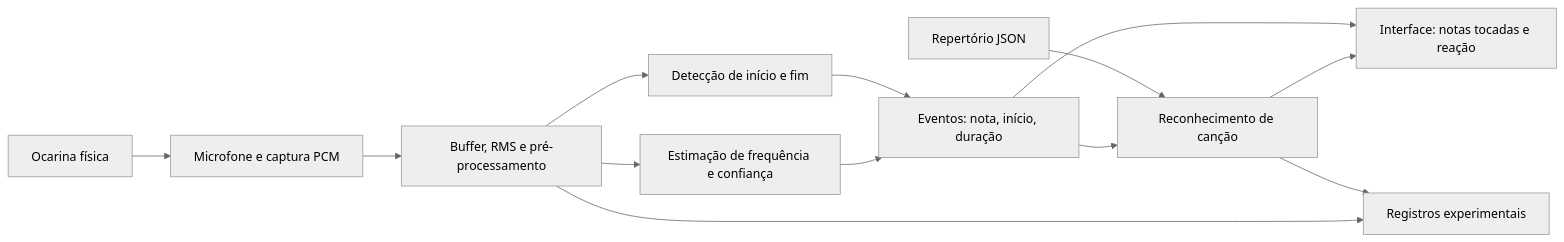
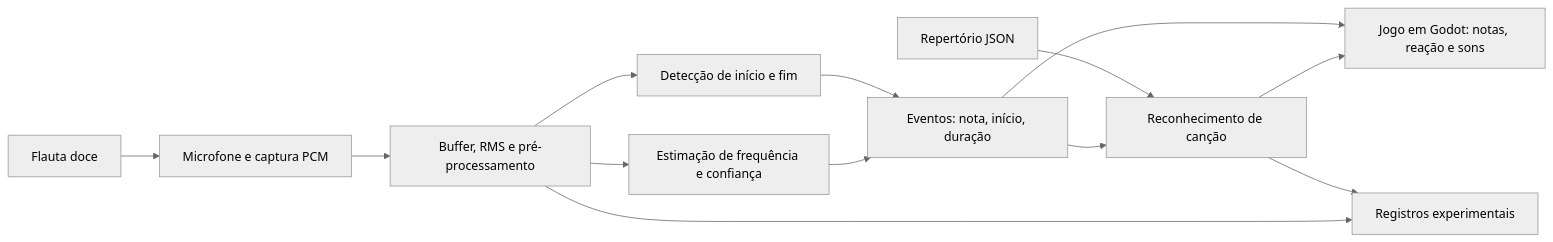
Before and after one commit to gabeldev/ocarina-beat-pds: the diagram in README.md, drawn with Mermaid (neutral theme). The commit also changed other lines of this file, not shown here.

Commit message:
Atualiza o README para a flauta, o jogo em Godot e a situação das tarefas

````diff
--- a/README.md
+++ b/README.md
@@ -55,15 +56,15 @@
 ```mermaid
 flowchart LR
-    A[Ocarina física] --> B[Microfone e captura PCM]
+    A[Flauta doce] --> B[Microfone e captura PCM]
     B --> C[Buffer, RMS e pré-processamento]
     C --> D[Estimação de frequência e confiança]
     C --> E[Detecção de início e fim]
     D --> F[Eventos: nota, início, duração]
     E --> F
     F --> G[Reconhecimento de canção]
     H[Repertório JSON] --> G
-    G --> J[Interface: notas tocadas e reação]
+    G --> J[Jogo em Godot: notas, reação e sons]
     F --> J
     C --> K[Registros experimentais]
     G --> K
 ```
````
